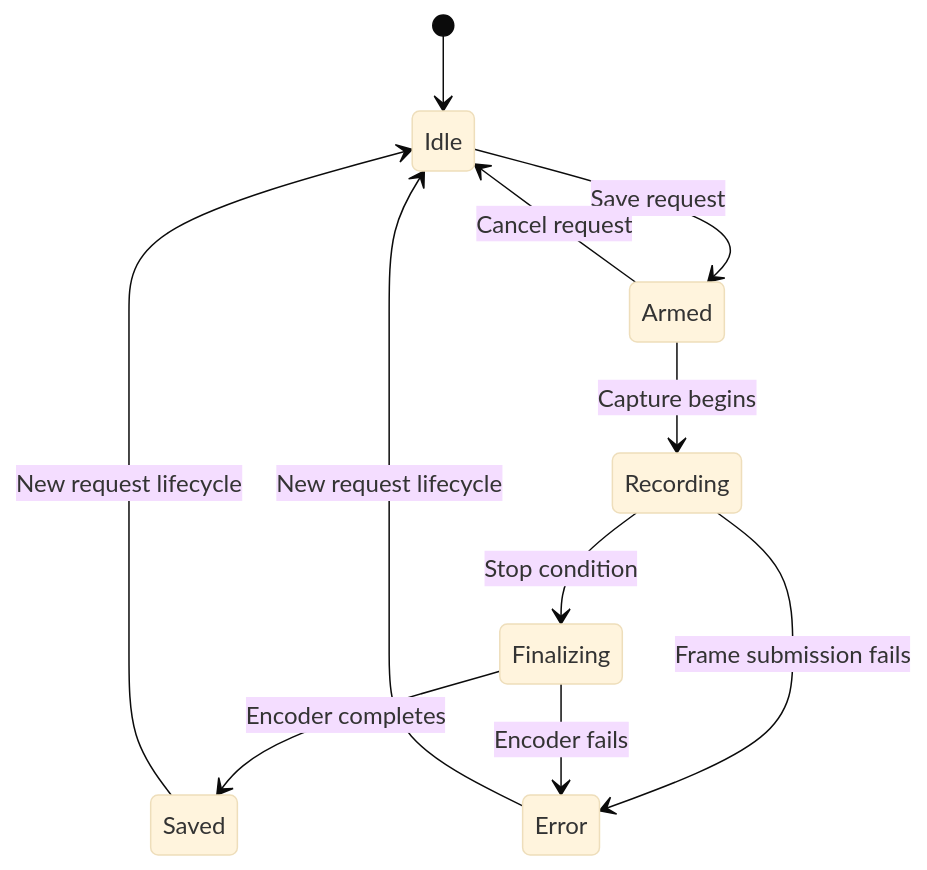
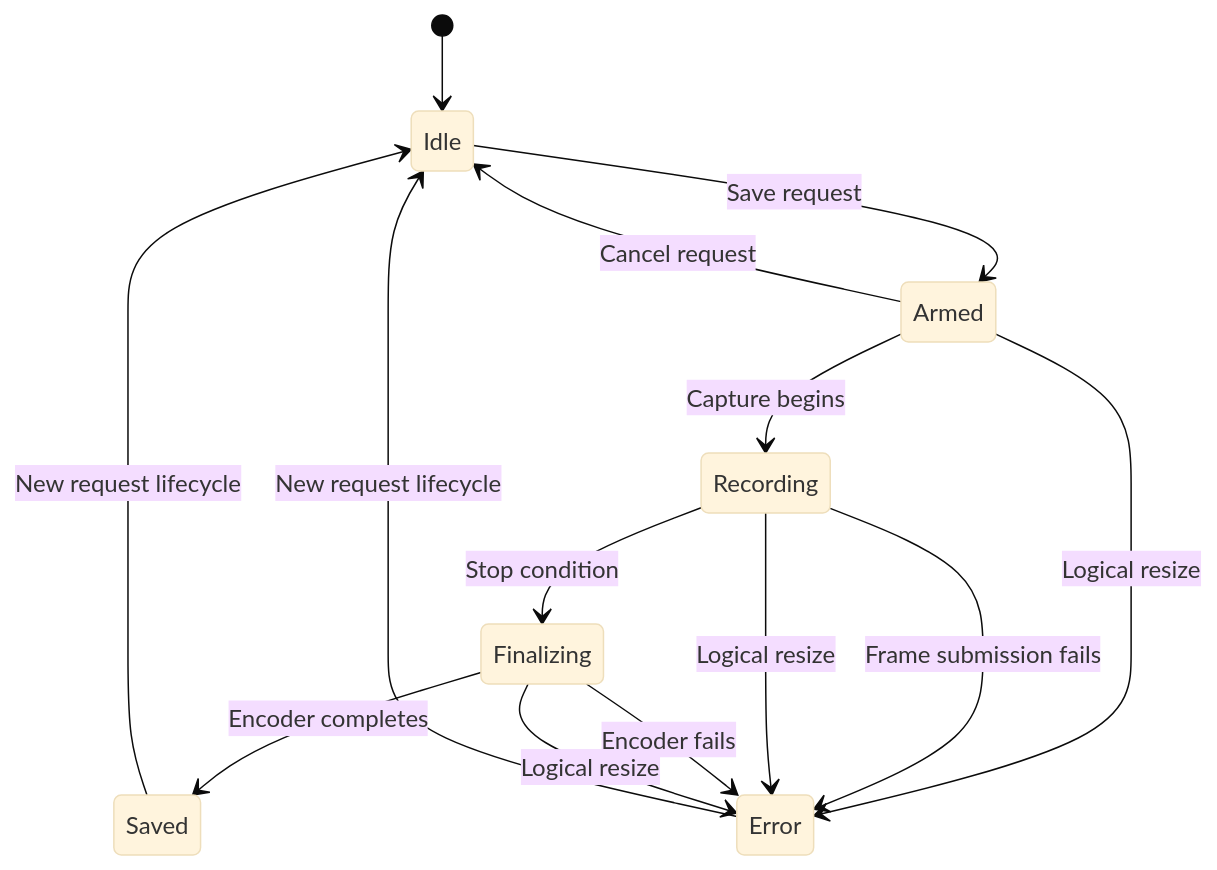
Before and after one commit to derekshoneycutt/Euclid: the fifth of 5 diagrams in docs/wiki/Guides/UiSystem.md, drawn with Mermaid (base theme). The commit also changed other lines of this file and 22 other files, not shown here.

````diff
--- a/docs/wiki/Guides/UiSystem.md
+++ b/docs/wiki/Guides/UiSystem.md
@@ -792,13 +865,16 @@
 ```mermaid
 stateDiagram-v2
     [*] --> Idle
     Idle --> Armed: Save request
     Armed --> Recording: Capture begins
     Armed --> Idle: Cancel request
+    Armed --> Error: Logical resize
     Recording --> Finalizing: Stop condition
     Recording --> Error: Frame submission fails
+    Recording --> Error: Logical resize
     Finalizing --> Saved: Encoder completes
     Finalizing --> Error: Encoder fails
+    Finalizing --> Error: Logical resize
     Saved --> Idle: New request lifecycle
     Error --> Idle: New request lifecycle
 ```
````
